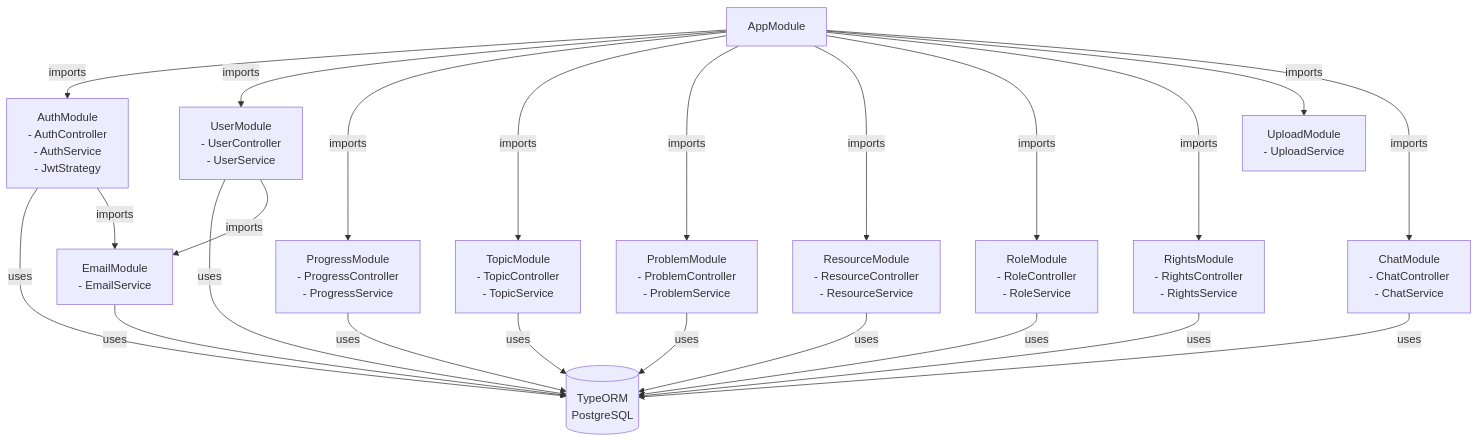
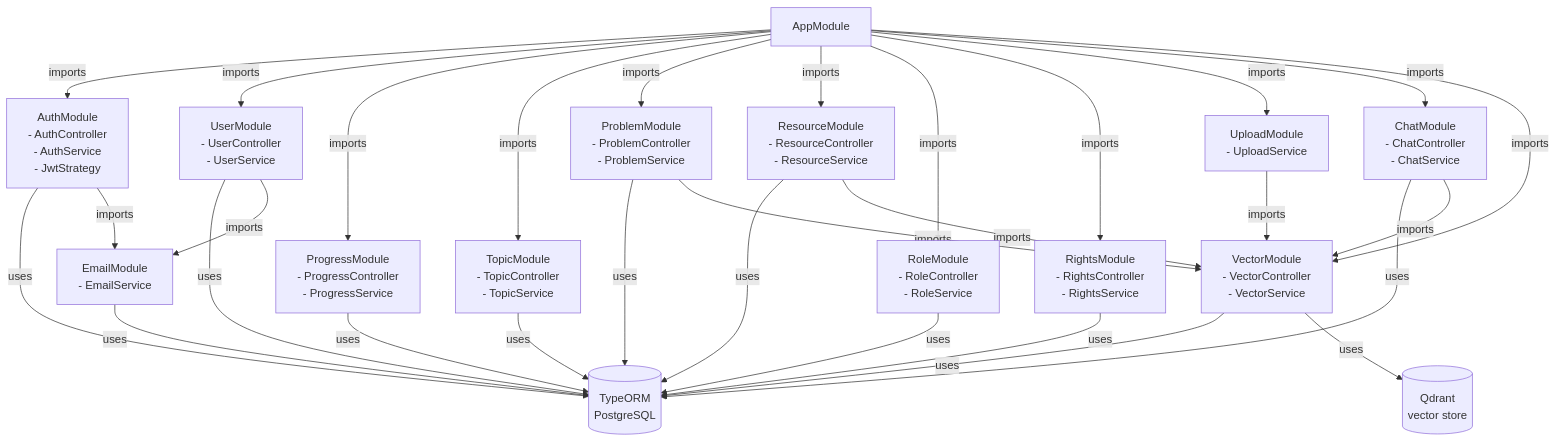
Diagram 20 of 20 in LLD.md (tusharb8/dsa_sheet), drawn with Mermaid before and after one commit. The commit also changed other lines of this file and 8 other files, not shown here.

````diff
--- a/LLD.md
+++ b/LLD.md
@@ -920,43 +1015,53 @@
 ```mermaid
 graph TB
     AppModule["AppModule"]
     
     AuthModule["AuthModule<br/>- AuthController<br/>- AuthService<br/>- JwtStrategy"]
     UserModule["UserModule<br/>- UserController<br/>- UserService"]
     ProgressModule["ProgressModule<br/>- ProgressController<br/>- ProgressService"]
     TopicModule["TopicModule<br/>- TopicController<br/>- TopicService"]
     ProblemModule["ProblemModule<br/>- ProblemController<br/>- ProblemService"]
     ResourceModule["ResourceModule<br/>- ResourceController<br/>- ResourceService"]
     RoleModule["RoleModule<br/>- RoleController<br/>- RoleService"]
     RightsModule["RightsModule<br/>- RightsController<br/>- RightsService"]
     EmailModule["EmailModule<br/>- EmailService"]
     UploadModule["UploadModule<br/>- UploadService"]
     ChatModule["ChatModule<br/>- ChatController<br/>- ChatService"]
+    VectorModule["VectorModule<br/>- VectorController<br/>- VectorService"]
     
     DB[(TypeORM<br/>PostgreSQL)]
+    VDB[(Qdrant<br/>vector store)]
     
     AppModule -->|imports| AuthModule
     AppModule -->|imports| UserModule
     AppModule -->|imports| ProgressModule
     AppModule -->|imports| TopicModule
     AppModule -->|imports| ProblemModule
     AppModule -->|imports| ResourceModule
     AppModule -->|imports| RoleModule
     AppModule -->|imports| RightsModule
     AppModule -->|imports| UploadModule
     AppModule -->|imports| ChatModule
+    AppModule -->|imports| VectorModule
     
     AuthModule -->|uses| DB
     UserModule -->|uses| DB
     ProgressModule -->|uses| DB
     TopicModule -->|uses| DB
     ProblemModule -->|uses| DB
     ResourceModule -->|uses| DB
     RoleModule -->|uses| DB
     RightsModule -->|uses| DB
     ChatModule -->|uses| DB
     
     AuthModule -->|imports| EmailModule
     UserModule -->|imports| EmailModule
     EmailModule -->|uses| DB
+
+    VectorModule -->|uses| DB
+    VectorModule -->|uses| VDB
+    ChatModule -->|imports| VectorModule
+    ProblemModule -->|imports| VectorModule
+    ResourceModule -->|imports| VectorModule
+    UploadModule -->|imports| VectorModule
 ```
````
